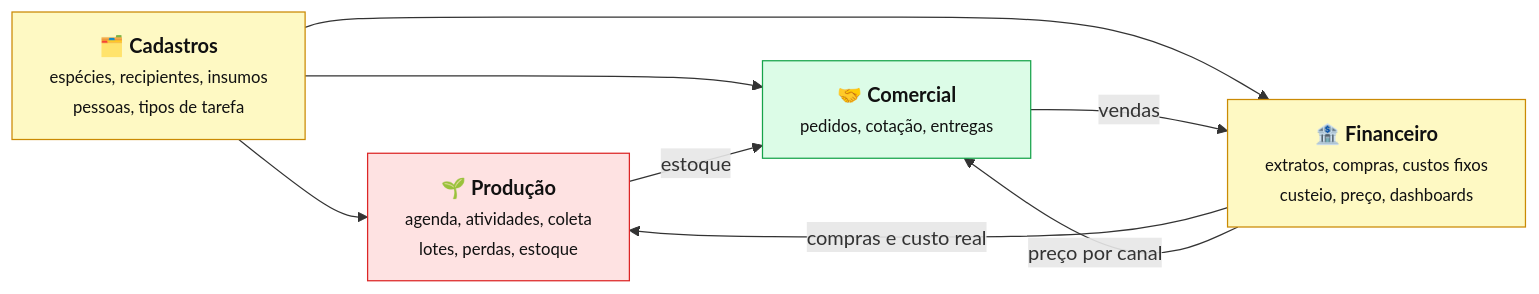
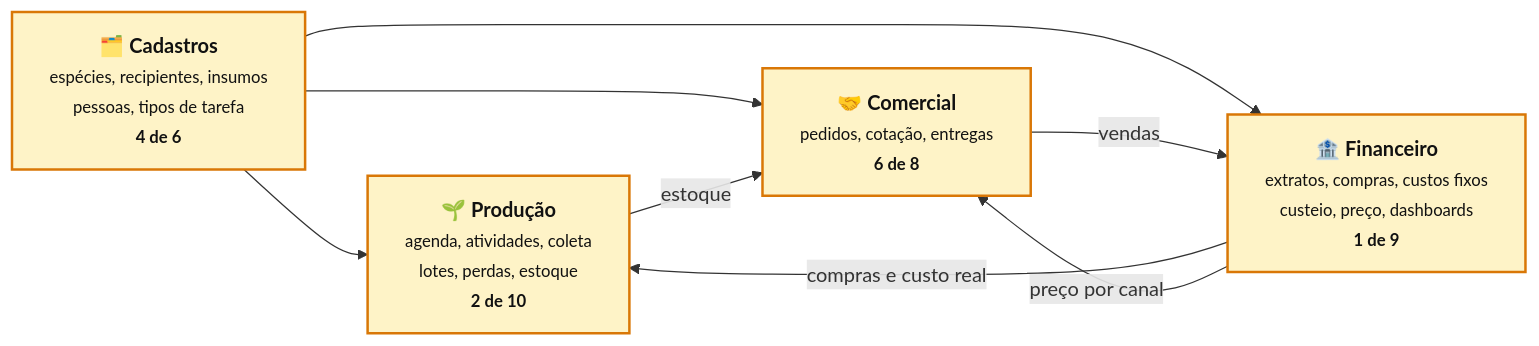
The diagram in docs/rotinas/img/mapa-4-areas.mmd (JoaoMudar/mudar), drawn with Mermaid before and after one commit. The commit also changed 19 other files, not shown here.

First line of the commit message:
@ docs(rotinas): cor no .mmd, cinza no .png, e um status so

```diff
--- a/docs/rotinas/img/mapa-4-areas.mmd
+++ b/docs/rotinas/img/mapa-4-areas.mmd
@@ -1,22 +1,27 @@
 %% A visao do dono: os quatro modulos e nada mais. Antes esta area se chamava
 %% "Pedidos" e continha clientes; hoje cliente e cadastro e a area e Comercial.
 flowchart LR
-  C["🗂️ <b>Cadastros</b><br/><small>espécies, recipientes, insumos<br/>pessoas, tipos de tarefa</small>"]
-  R["🌱 <b>Produção</b><br/><small>agenda, atividades, coleta<br/>lotes, perdas, estoque</small>"]
-  P["🤝 <b>Comercial</b><br/><small>pedidos, cotação, entregas</small>"]
-  F["🏦 <b>Financeiro</b><br/><small>extratos, compras, custos fixos<br/>custeio, preço, dashboards</small>"]
+  C["🗂️ <b>Cadastros</b><br/><small>espécies, recipientes, insumos<br/>pessoas, tipos de tarefa<br/><b>4 de 6</b></small>"]
+  R["🌱 <b>Produção</b><br/><small>agenda, atividades, coleta<br/>lotes, perdas, estoque<br/><b>2 de 10</b></small>"]
+  P["🤝 <b>Comercial</b><br/><small>pedidos, cotação, entregas<br/><b>6 de 8</b></small>"]
+  F["🏦 <b>Financeiro</b><br/><small>extratos, compras, custos fixos<br/>custeio, preço, dashboards<br/><b>1 de 9</b></small>"]
 
   C --> R
   C --> P
   C --> F
   R -->|"estoque"| P
   P -->|"vendas"| F
   F -->|"compras e custo real"| R
   F -->|"preço por canal"| P
 
-  classDef ok fill:#dcfce7,stroke:#16a34a,color:#111
-  classDef meio fill:#fef9c3,stroke:#ca8a04,color:#111
-  classDef falta fill:#fee2e2,stroke:#dc2626,color:#111
-  class P ok
-  class C,F meio
-  class R falta
+  %% Paleta de STATUS — a fonte e colorida de proposito; o PNG sai em cinza.
+  %% Quem troca a cor pelo cinza e `npm run docs:mapas` (scripts/render-mapas.mjs).
+  %% Criterio: ok = toda etapa do modulo tem tela · meio = parte tem · falta = nenhuma tem.
+  classDef ok fill:#dcfce7,stroke:#16a34a,stroke-width:2px,color:#111
+  classDef meio fill:#fef3c7,stroke:#d97706,stroke-width:2px,color:#111
+  classDef falta fill:#fee2e2,stroke:#dc2626,stroke-width:2px,color:#111
+  classDef grupo fill:#f8fafc,stroke:#cbd5e1,stroke-width:1px,color:#334155
+  classDef ator fill:#374151,stroke:#111827,stroke-width:2px,color:#f9fafb
+  classDef decisao fill:#e2e8f0,stroke:#475569,stroke-width:2px,color:#111
+
+  class C,R,P,F meio
```
